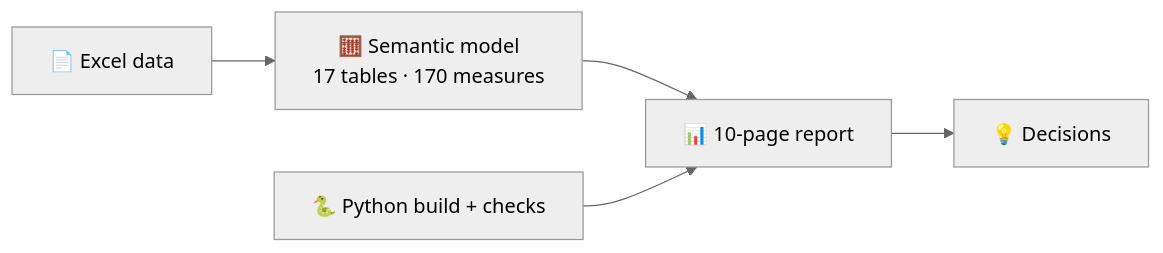
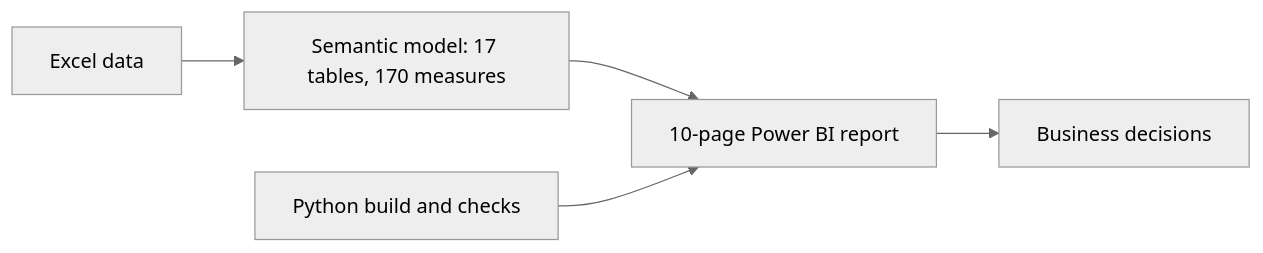
Before and after one commit to vm8181/furniturepro-sales-insights: the diagram in README.md, drawn with Mermaid (neutral theme). The commit also changed other lines of this file and 10 other files, not shown here.

````diff
--- a/README.md
+++ b/README.md
@@ -65,7 +92,7 @@
 ```mermaid
 flowchart LR
-    A[📄 Excel data] --> B[🧮 Semantic model<br/>17 tables · 170 measures]
-    B --> C[📊 10-page report]
-    D[🐍 Python build + checks] --> C
-    C --> E[💡 Decisions]
+    A["Excel data"] --> B["Semantic model: 17 tables, 170 measures"]
+    B --> C["10-page Power BI report"]
+    D["Python build and checks"] --> C
+    C --> E["Business decisions"]
 ```
````
